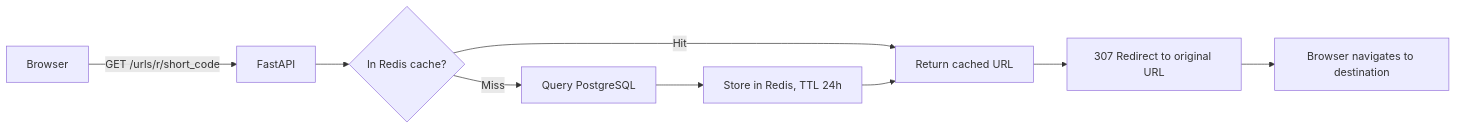
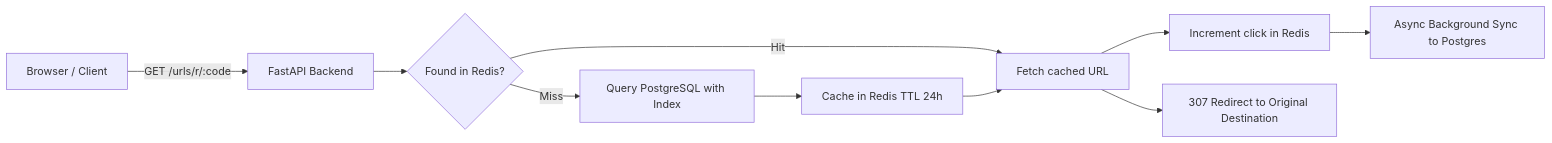
One commit to OmeshGupta123/FastURL-optimized_url_shortner changed the diagram in README.md. Above: the diagram before and after it, drawn with Mermaid. The commit also changed other lines of this file and 3 other files, not shown here.

````diff
--- a/README.md
+++ b/README.md
@@ -23,11 +25,12 @@
 ```mermaid
 flowchart LR
-    A[Browser] -->|GET /urls/r/short_code| B[FastAPI]
-    B --> C{In Redis cache?}
-    C -->|Hit| D[Return cached URL]
-    C -->|Miss| E[Query PostgreSQL]
-    E --> F[Store in Redis, TTL 24h]
+    A[Browser / Client] -->|GET /urls/r/:code| B[FastAPI Backend]
+    B --> C{Found in Redis?}
+    C -->|Hit| D[Fetch cached URL]
+    C -->|Miss| E[Query PostgreSQL with Index]
+    E --> F[Cache in Redis TTL 24h]
     F --> D
-    D --> G[307 Redirect to original URL]
-    G --> H[Browser navigates to destination]
+    D --> G[Increment click in Redis]
+    G --> H[Async Background Sync to Postgres]
+    D --> I[307 Redirect to Original Destination]
 ```
````
